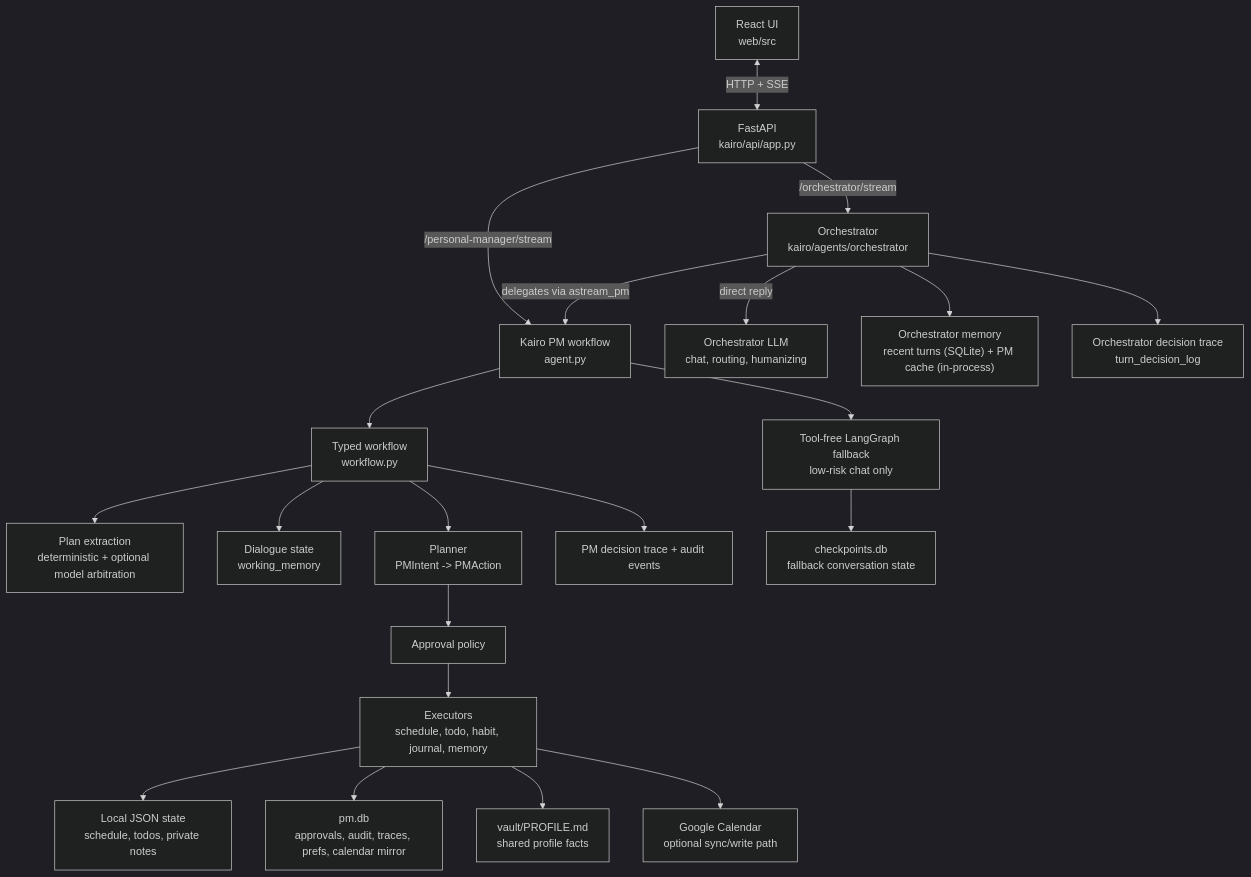
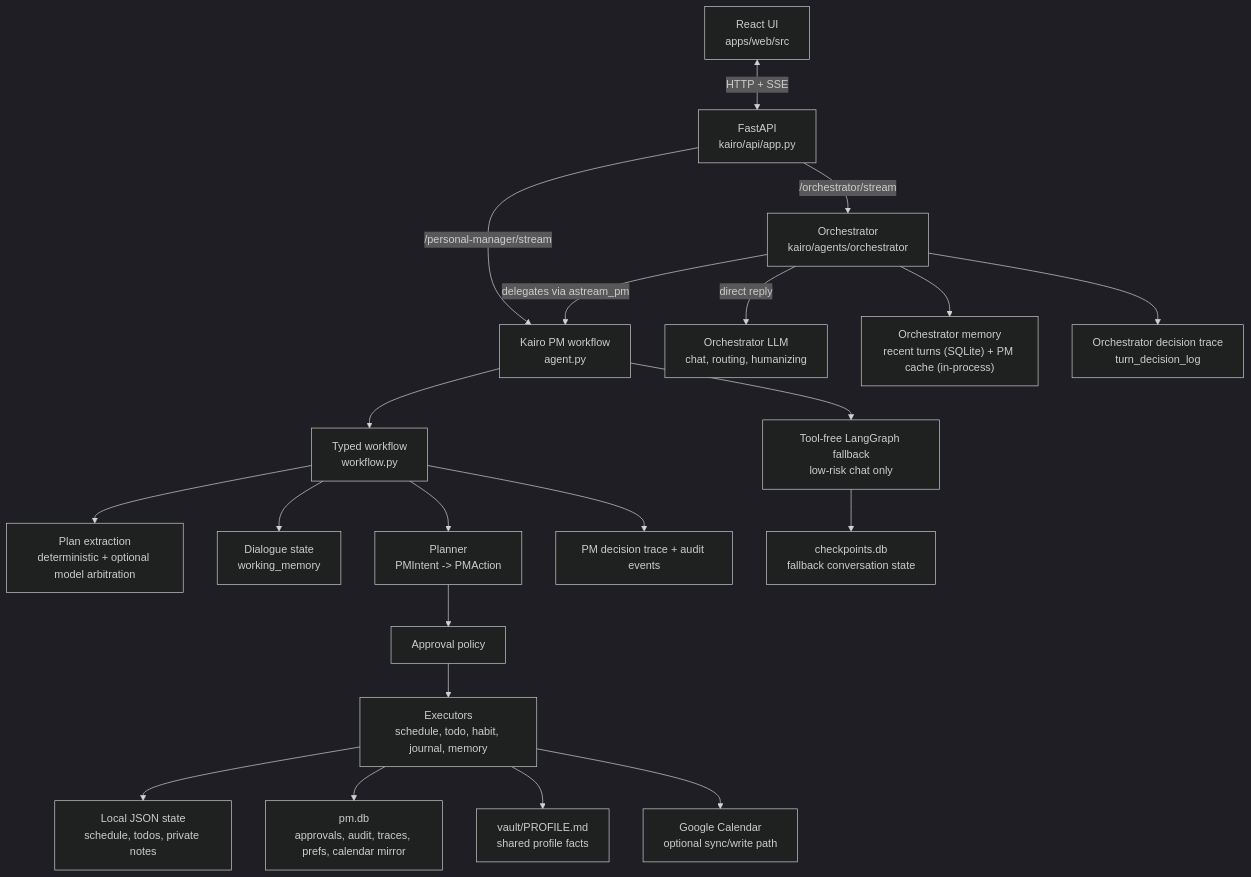
The first of 8 diagrams in ARCHITECTURE.md (JefferyLiu6/Kairo), drawn with Mermaid (dark theme) before and after one commit. The commit also changed other lines of this file and 231 other files, not shown here.

Commit message:
Phase 5b: move backend/ -> apps/api and web/ -> apps/web

````diff
--- a/ARCHITECTURE.md
+++ b/ARCHITECTURE.md
@@ -43,28 +43,28 @@
 ```mermaid
 flowchart TB
-    UI["React UI<br/>web/src"] <-->|HTTP + SSE| API["FastAPI<br/>kairo/api/app.py"]
+    UI["React UI<br/>apps/web/src"] <-->|HTTP + SSE| API["FastAPI<br/>kairo/api/app.py"]
 
     API -->|/orchestrator/stream| ORCH["Orchestrator<br/>kairo/agents/orchestrator"]
     API -->|/personal-manager/stream| PM["Kairo PM workflow<br/>agent.py"]
     ORCH -->|delegates via astream_pm| PM
     ORCH -->|direct reply| OLLM["Orchestrator LLM<br/>chat, routing, humanizing"]
     ORCH --> OMEM["Orchestrator memory<br/>recent turns (SQLite) + PM cache (in-process)"]
     ORCH --> OTRACE["Orchestrator decision trace<br/>turn_decision_log"]
 
     PM --> TYPED["Typed workflow<br/>workflow.py"]
     PM --> FALLBACK["Tool-free LangGraph fallback<br/>low-risk chat only"]
 
     TYPED --> EXTRACT["Plan extraction<br/>deterministic + optional model arbitration"]
     TYPED --> STATE["Dialogue state<br/>working_memory"]
     TYPED --> PLAN["Planner<br/>PMIntent -> PMAction"]
     PLAN --> POLICY["Approval policy"]
     POLICY --> EXEC["Executors<br/>schedule, todo, habit, journal, memory"]
 
     TYPED --> OBS["PM decision trace + audit events"]
     FALLBACK --> CKPT["checkpoints.db<br/>fallback conversation state"]
 
     EXEC --> LOCAL["Local JSON state<br/>schedule, todos, private notes"]
     EXEC --> PMDB["pm.db<br/>approvals, audit, traces, prefs, calendar mirror"]
     EXEC --> VAULT["vault/PROFILE.md<br/>shared profile facts"]
     EXEC --> GCAL["Google Calendar<br/>optional sync/write path"]
 ```
````
